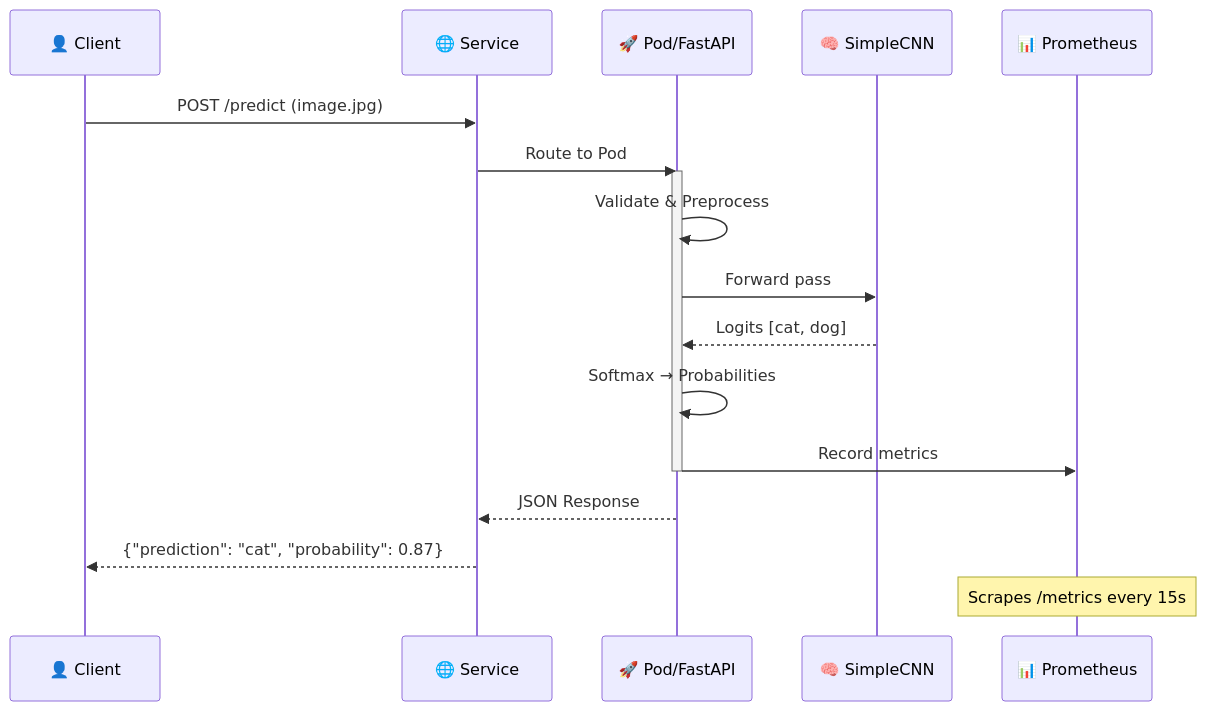
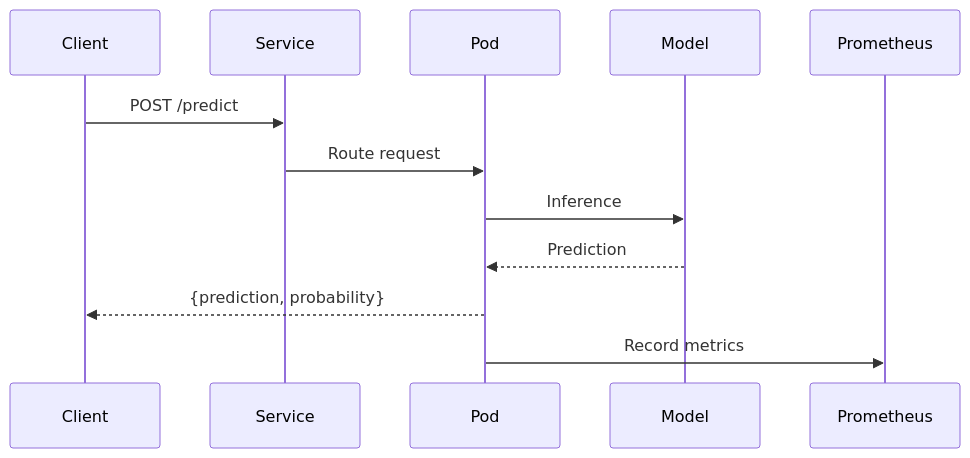
Before and after one commit to 2024aa05820/mlops-assignment2: the sixth of 6 diagrams in README.md, drawn with Mermaid. The commit also changed other lines of this file, not shown here.

Commit message:
Simplify and improve alignment of all architecture diagrams

````diff
--- a/README.md
+++ b/README.md
@@ -759,22 +658,9 @@
 ```mermaid
 sequenceDiagram
-    participant C as 👤 Client
-    participant S as 🌐 Service
-    participant P as 🚀 Pod/FastAPI
-    participant M as 🧠 SimpleCNN
-    participant PR as 📊 Prometheus
-
-    C->>S: POST /predict (image.jpg)
-    S->>P: Route to Pod
-    activate P
-    P->>P: Validate & Preprocess
-    P->>M: Forward pass
-    M-->>P: Logits [cat, dog]
-    P->>P: Softmax → Probabilities
-    P->>PR: Record metrics
-    deactivate P
-    P-->>S: JSON Response
-    S-->>C: {"prediction": "cat", "probability": 0.87}
-
-    Note over PR: Scrapes /metrics every 15s
+    Client->>Service: POST /predict
+    Service->>Pod: Route request
+    Pod->>Model: Inference
+    Model-->>Pod: Prediction
+    Pod-->>Client: {prediction, probability}
+    Pod->>Prometheus: Record metrics
 ```
````
